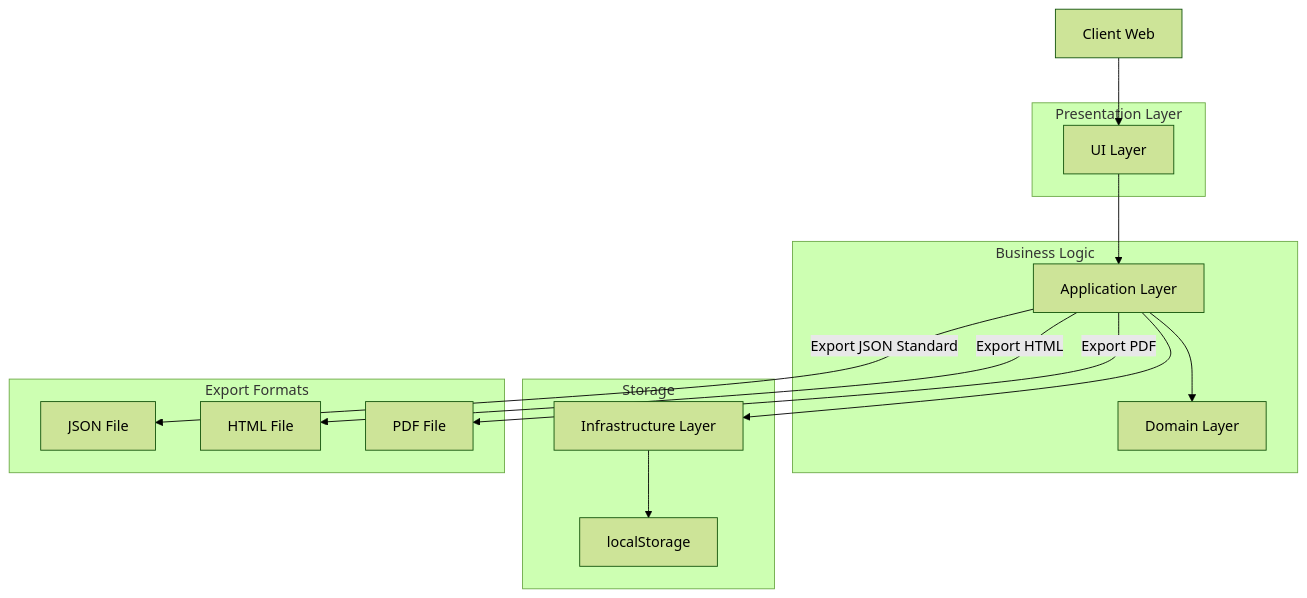
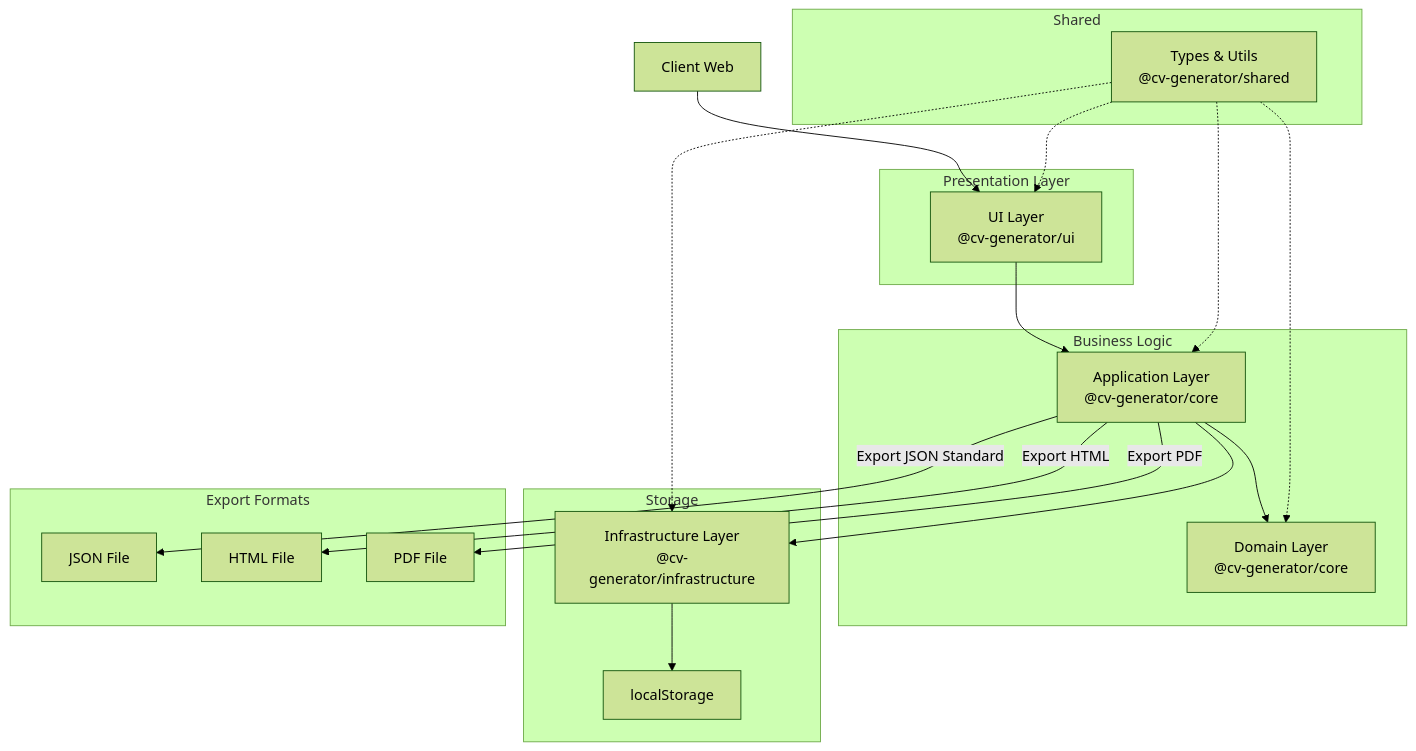
Before and after one commit to giak/cv-generator: the diagram in .ai/arch.md, drawn with Mermaid (forest theme). The commit also changed other lines of this file and 49 other files, not shown here.

````diff
--- a/.ai/arch.md
+++ b/.ai/arch.md
@@ -70,31 +77,40 @@
 ```mermaid
 graph TD
     A[Client Web] --> B[UI Layer]
     B --> C[Application Layer]
     C --> D[Domain Layer]
     C --> E[Infrastructure Layer]
     E --> F[localStorage]
     C -- Export JSON Standard --> G[JSON File]
     C -- Export HTML --> H[HTML File]
     C -- Export PDF --> I[PDF File]
 
     subgraph "Presentation Layer"
-        B
+        B[UI Layer<br>@cv-generator/ui]
     end
 
     subgraph "Business Logic"
-        C
-        D
+        C[Application Layer<br>@cv-generator/core]
+        D[Domain Layer<br>@cv-generator/core]
     end
 
     subgraph "Storage"
-        E
-        F
+        E[Infrastructure Layer<br>@cv-generator/infrastructure]
+        F[localStorage]
+    end
+
+    subgraph "Shared"
+        J[Types & Utils<br>@cv-generator/shared]
     end
 
     subgraph "Export Formats"
-        G
-        H
-        I
+        G[JSON File]
+        H[HTML File]
+        I[PDF File]
     end
+
+    J -.-> B
+    J -.-> C
+    J -.-> D
+    J -.-> E
 ```
````
